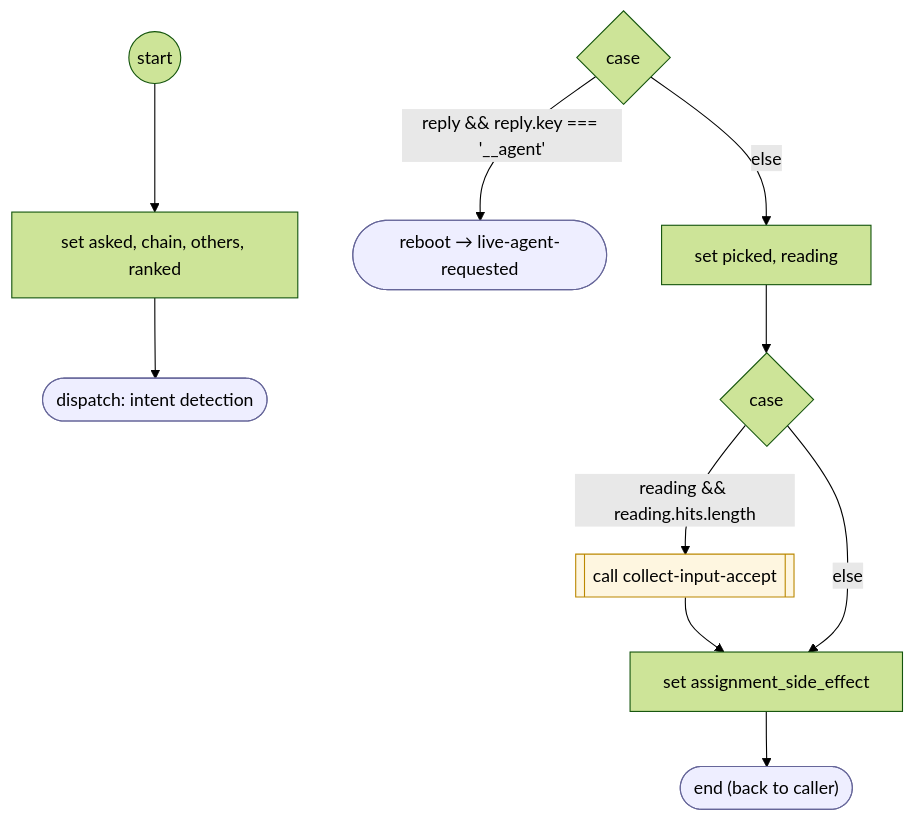
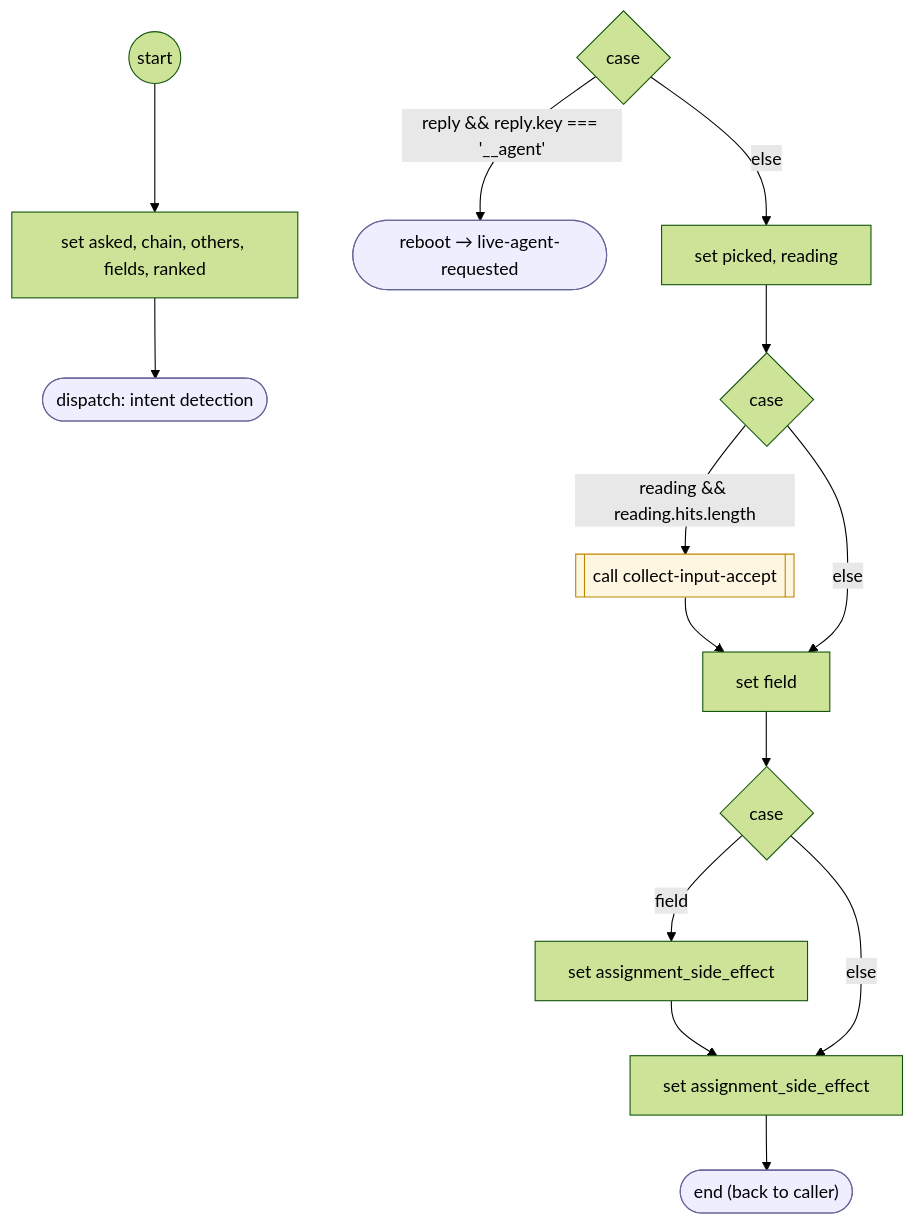
Before and after one commit to ronpinkas/jsfe: the diagram in docs/flows/system/read-confirm-reply.md, drawn with Mermaid (forest theme). The commit also changed other lines of this file and 7 other files, not shown here.

````diff
--- a/docs/flows/system/read-confirm-reply.md
+++ b/docs/flows/system/read-confirm-reply.md
@@ -18,30 +19,37 @@
 ```mermaid
 flowchart TD
    START(("start"))
-   n0["set asked, chain, others, ranked"]
+   n0["set asked, chain, others, fields, ranked"]
    START --> n0
    n1(["dispatch: intent detection"])
    class n1 endstep
    n0 --> n1
    c2{"case"}
    b3(["reboot → live-agent-requested"])
    class b3 endstep
    c2 -- "reply && reply.key === '__agent'" --> b3
    n4["set picked, reading"]
    c2 -- "else" --> n4
    c5{"case"}
    n4 --> c5
    b6[["call collect-input-accept"]]
    class b6 flowstep
    c5 -- "reading && reading.hits.length" --> b6
-   n7["set assignment_side_effect"]
+   n7["set field"]
    b6 --> n7
    c5 -- "else" --> n7
+   c8{"case"}
+   n7 --> c8
+   b9["set assignment_side_effect"]
+   c8 -- "field" --> b9
+   n10["set assignment_side_effect"]
+   b9 --> n10
+   c8 -- "else" --> n10
    DONE(["end (back to caller)"])
    class DONE endstep
-   n7 --> DONE
+   n10 --> DONE
    classDef endstep fill:#eef,stroke:#669
    classDef toolstep fill:#efe,stroke:#696
    classDef flowstep fill:#fef6e0,stroke:#b80
    classDef inputstep fill:#f3eefc,stroke:#75a
 ```
````
